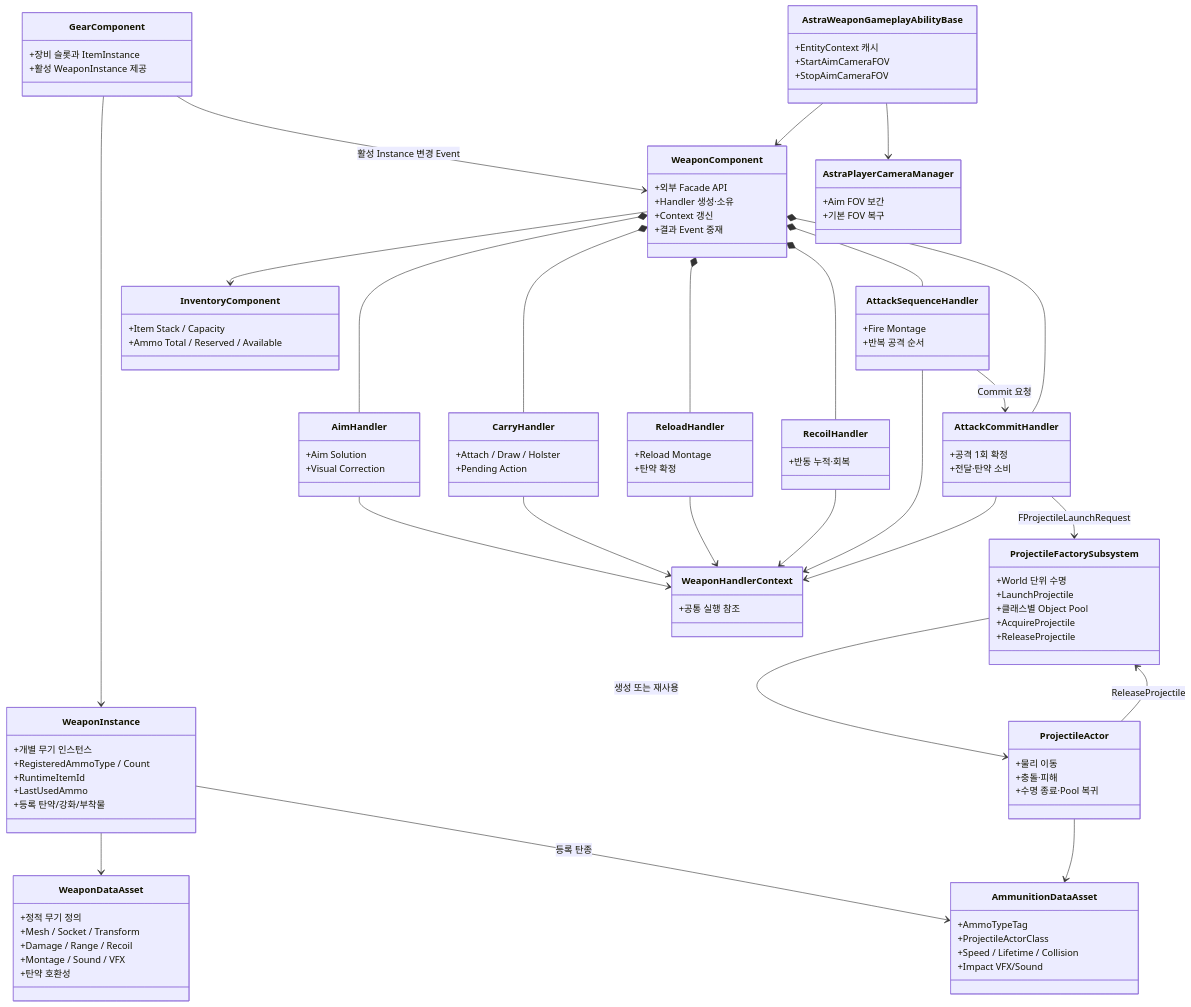
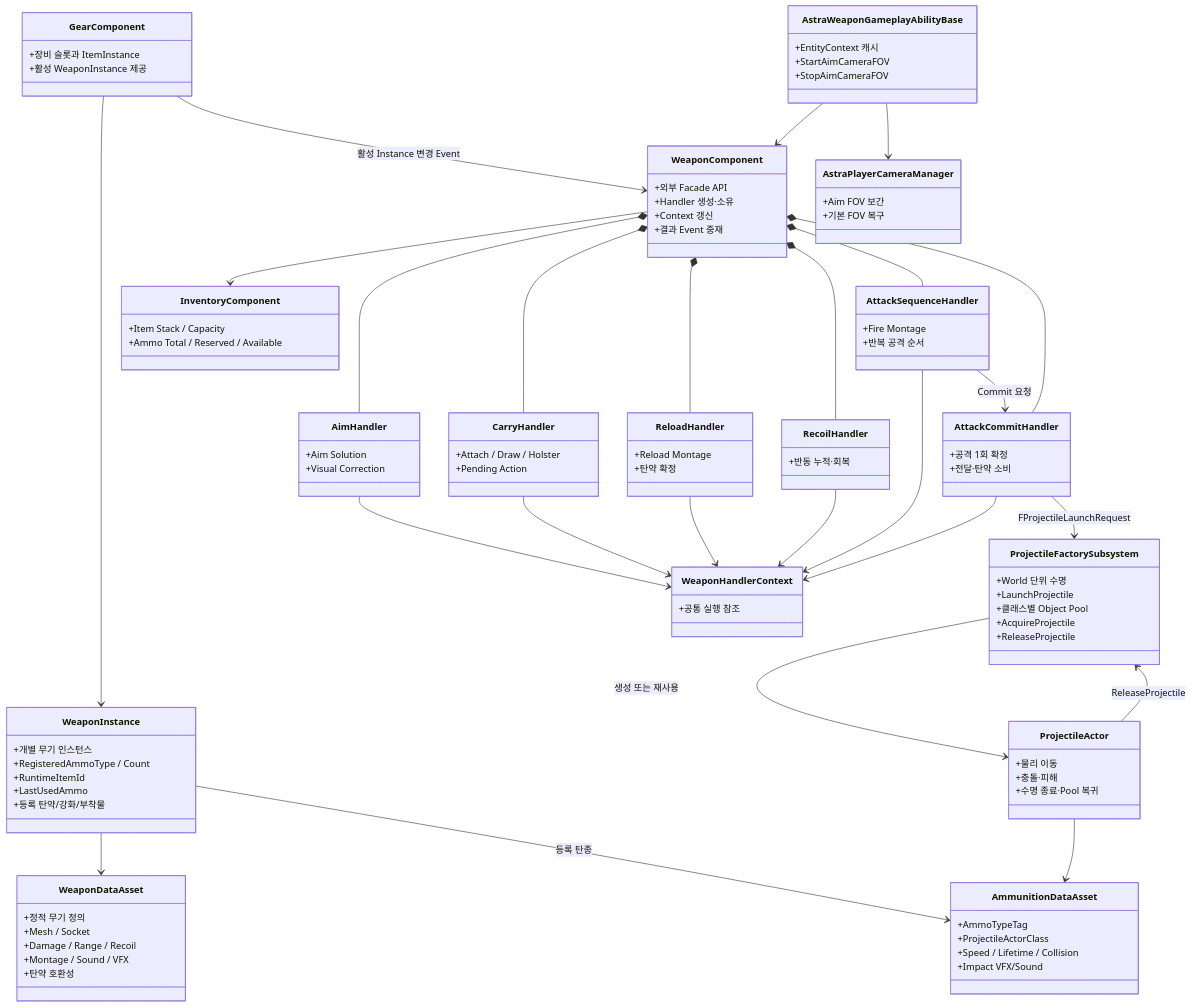
The second of 4 diagrams in Wiki/03_시스템 설계/무기.md (liang2papa/Astra_Docs), drawn with Mermaid before and after one commit. The commit also changed other lines of this file and 49 other files, not shown here.

```diff
--- a/Wiki/03_시스템 설계/무기.md
+++ b/Wiki/03_시스템 설계/무기.md
@@ -90,7 +92,7 @@
 classDiagram
     class WeaponDataAsset {
         +정적 무기 정의
-        +Mesh / Socket / Transform
+        +Mesh / Socket
         +Damage / Range / Recoil
         +Montage / Sound / VFX
         +탄약 호환성
```
